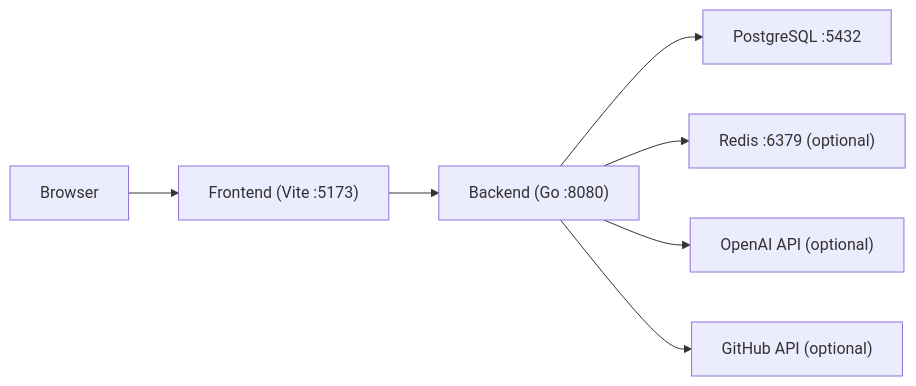
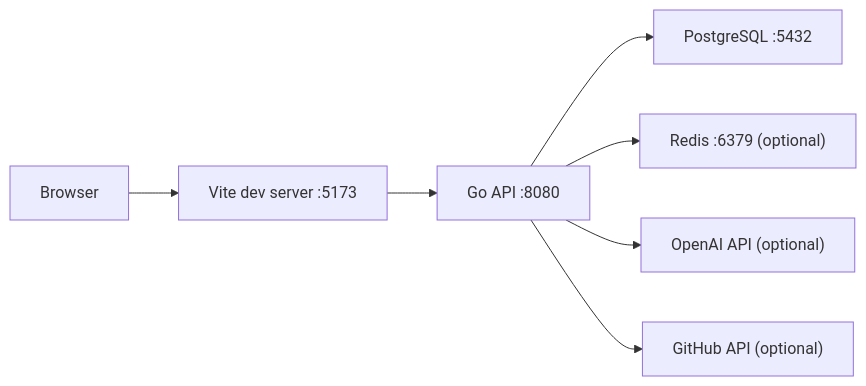
One commit to JASON-QWeb/BeautySkillsHub changed the first of 3 diagrams in ARCHITECTURE.md. Above: the diagram before and after it, drawn with Mermaid. The commit also changed other lines of this file and 14 other files, not shown here.

````diff
--- a/ARCHITECTURE.md
+++ b/ARCHITECTURE.md
@@ -72,9 +53,9 @@
 ```mermaid
 flowchart LR
-    Browser["Browser"] --> Frontend["Frontend (Vite :5173)"]
-    Frontend --> Backend["Backend (Go :8080)"]
+    Browser["Browser"] --> Frontend["Vite dev server :5173"]
+    Frontend --> Backend["Go API :8080"]
     Backend --> Postgres["PostgreSQL :5432"]
     Backend --> Redis["Redis :6379 (optional)"]
     Backend --> OpenAI["OpenAI API (optional)"]
     Backend --> GitHub["GitHub API (optional)"]
 ```
````
